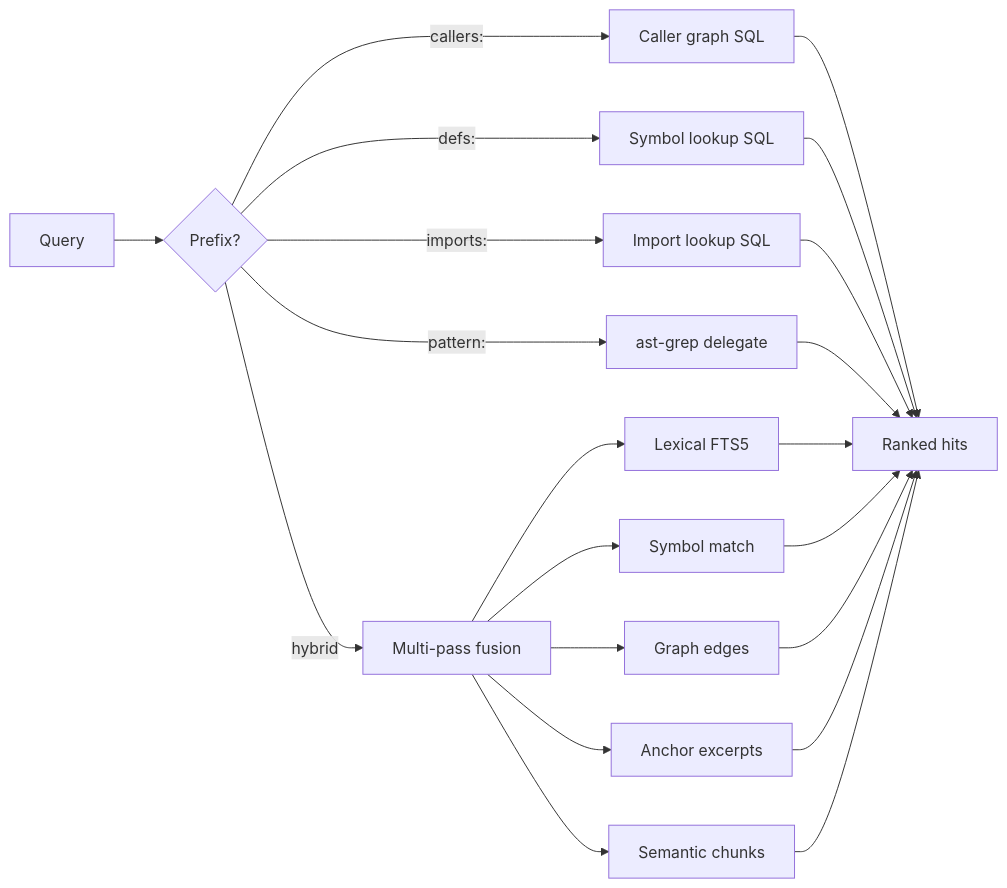
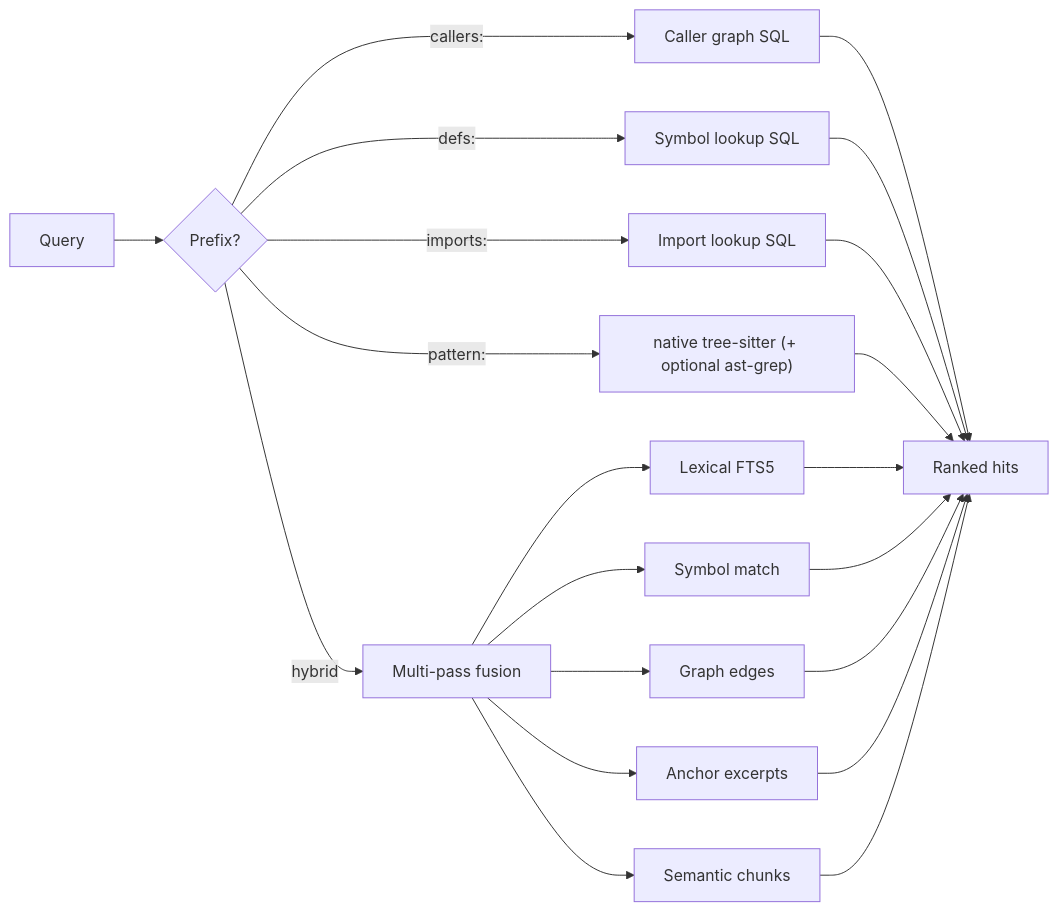
The second of 2 diagrams in docs/how-it-works.md (AdityaVG13/ast-sgrep), drawn with Mermaid before and after one commit. The commit also changed other lines of this file and 26 other files, not shown here.

````diff
--- a/docs/how-it-works.md
+++ b/docs/how-it-works.md
@@ -71,23 +71,23 @@
 ```mermaid
 flowchart LR
     Q["Query"] --> P{"Prefix?"}
     P -->|callers:| C["Caller graph SQL"]
     P -->|defs:| D["Symbol lookup SQL"]
     P -->|imports:| I["Import lookup SQL"]
-    P -->|pattern:| AG["ast-grep delegate"]
+    P -->|pattern:| AG["native tree-sitter (+ optional ast-grep)"]
     P -->|hybrid| H["Multi-pass fusion"]
     H --> L["Lexical FTS5"]
     H --> S["Symbol match"]
     H --> G["Graph edges"]
     H --> A["Anchor excerpts"]
     H --> E["Semantic chunks"]
     C --> R["Ranked hits"]
     D --> R
     I --> R
     AG --> R
     L --> R
     S --> R
     G --> R
     A --> R
     E --> R
 ```
````
